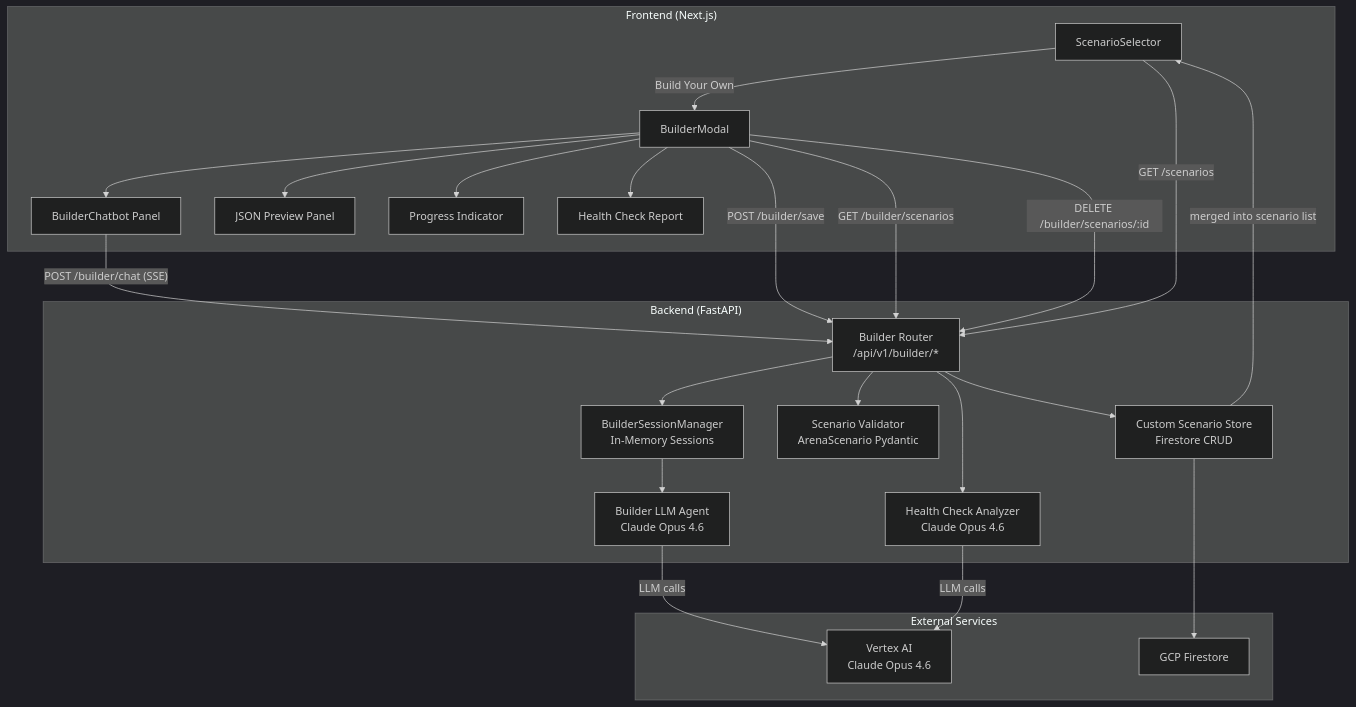
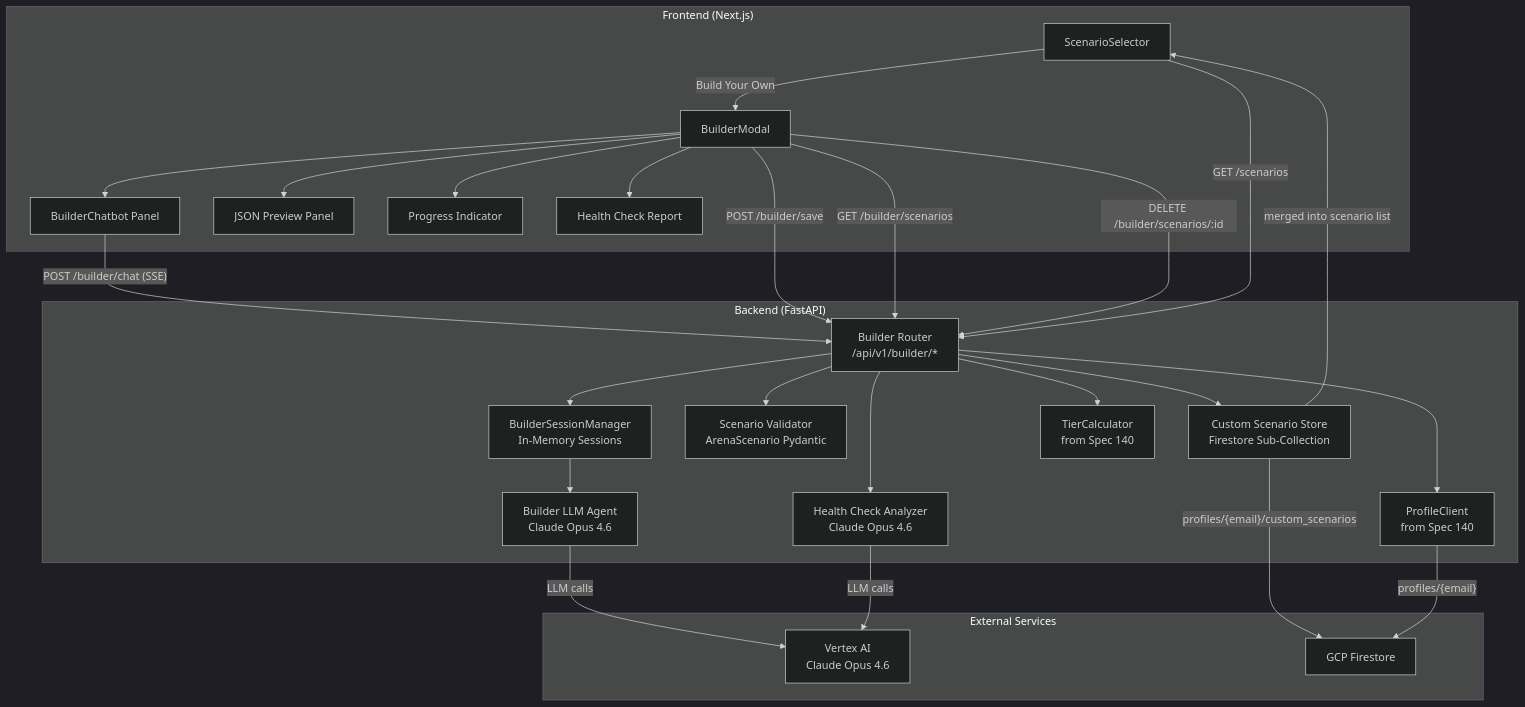
The diagram in .kiro/specs/130_ai-scenario-builder/design.md (JuntoAI/JuntoAI-A2A), drawn with Mermaid (dark theme) before and after one commit. The commit also changed other lines of this file and 6 other files, not shown here.

````diff
--- a/.kiro/specs/130_ai-scenario-builder/design.md
+++ b/.kiro/specs/130_ai-scenario-builder/design.md
@@ -15,48 +23,53 @@
 ```mermaid
 graph TB
     subgraph Frontend ["Frontend (Next.js)"]
         SS[ScenarioSelector]
         BM[BuilderModal]
         BC[BuilderChatbot Panel]
         JP[JSON Preview Panel]
         PI[Progress Indicator]
         HC[Health Check Report]
     end
 
     subgraph Backend ["Backend (FastAPI)"]
         BR[Builder Router<br/>/api/v1/builder/*]
         BSM[BuilderSessionManager<br/>In-Memory Sessions]
         BAgent[Builder LLM Agent<br/>Claude Opus 4.6]
         HCA[Health Check Analyzer<br/>Claude Opus 4.6]
         SV[Scenario Validator<br/>ArenaScenario Pydantic]
-        CSStore[Custom Scenario Store<br/>Firestore CRUD]
+        CSStore[Custom Scenario Store<br/>Firestore Sub-Collection]
+        PC[ProfileClient<br/>from Spec 140]
+        TC[TierCalculator<br/>from Spec 140]
     end
 
     subgraph External ["External Services"]
         VAI[Vertex AI<br/>Claude Opus 4.6]
         FS[GCP Firestore]
     end
 
     SS -->|"Build Your Own"| BM
     BM --> BC
     BM --> JP
     BM --> PI
     BM --> HC
 
     BC -->|"POST /builder/chat (SSE)"| BR
     BM -->|"POST /builder/save"| BR
     BM -->|"GET /builder/scenarios"| BR
     BM -->|"DELETE /builder/scenarios/:id"| BR
 
     BR --> BSM
+    BR --> PC
+    BR --> TC
     BSM --> BAgent
     BAgent -->|"LLM calls"| VAI
     BR --> SV
     BR --> HCA
     HCA -->|"LLM calls"| VAI
     BR --> CSStore
-    CSStore --> FS
+    CSStore -->|"profiles/{email}/custom_scenarios"| FS
+    PC -->|"profiles/{email}"| FS
 
     SS -->|"GET /scenarios"| BR
     CSStore -->|"merged into scenario list"| SS
 ```
````
